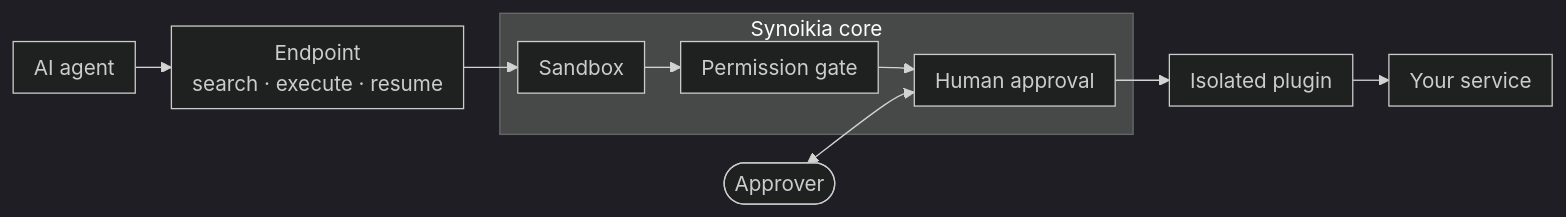
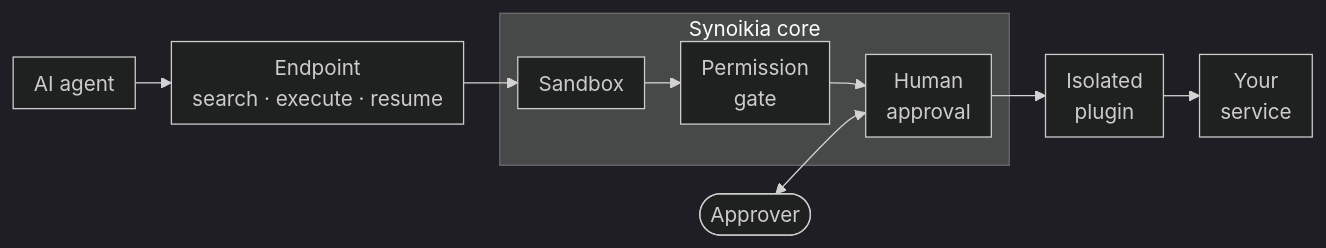
The diagram in docs/assets/call-path.mmd (synoikia-org/synoikia-core), drawn with Mermaid (dark theme) before and after one commit. The commit also changed 2 other files, not shown here.

```diff
--- a/docs/assets/call-path.mmd
+++ b/docs/assets/call-path.mmd
@@ -1,16 +1,16 @@
 ---
 config:
   flowchart:
     nodeSpacing: 24
     rankSpacing: 28
     diagramPadding: 4
     padding: 8
 ---
 flowchart LR
   agent["AI agent"] --> endpoint["Endpoint<br/>search · execute · resume"]
   subgraph core["Synoikia core"]
-    sandbox["Sandbox"] --> gate["Permission gate"] --> approval["Human approval"]
+    sandbox["Sandbox"] --> gate["Permission<br/>gate"] --> approval["Human<br/>approval"]
   end
   endpoint --> sandbox
   approver(["Approver"]) <--> approval
-  approval --> plugin["Isolated plugin"] --> service["Your service"]
+  approval --> plugin["Isolated<br/>plugin"] --> service["Your<br/>service"]
```
